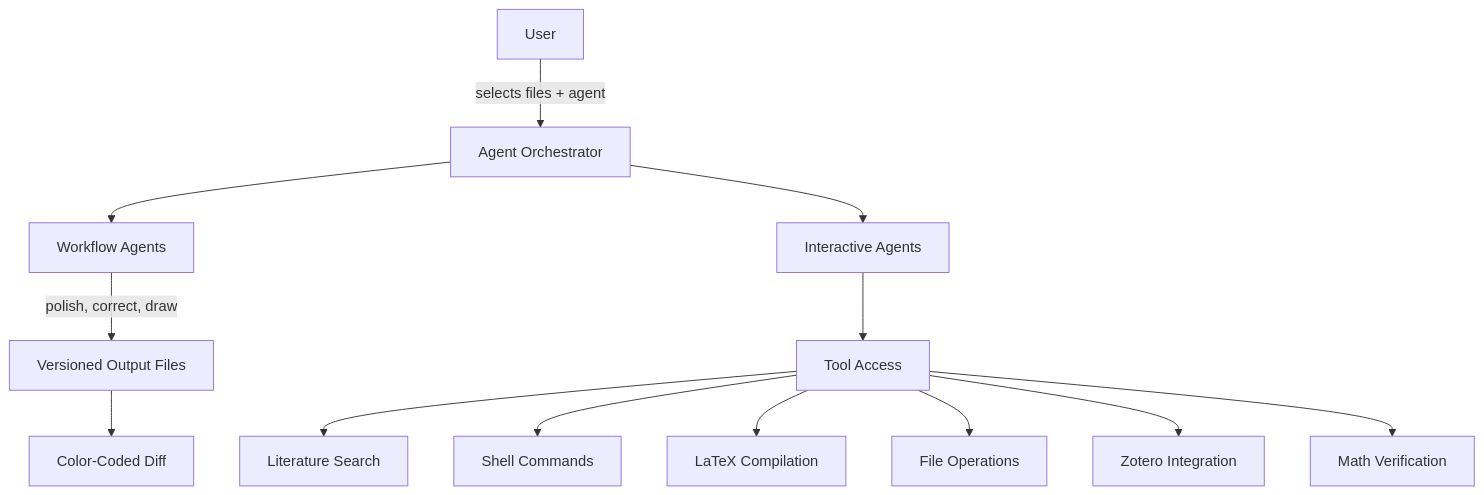
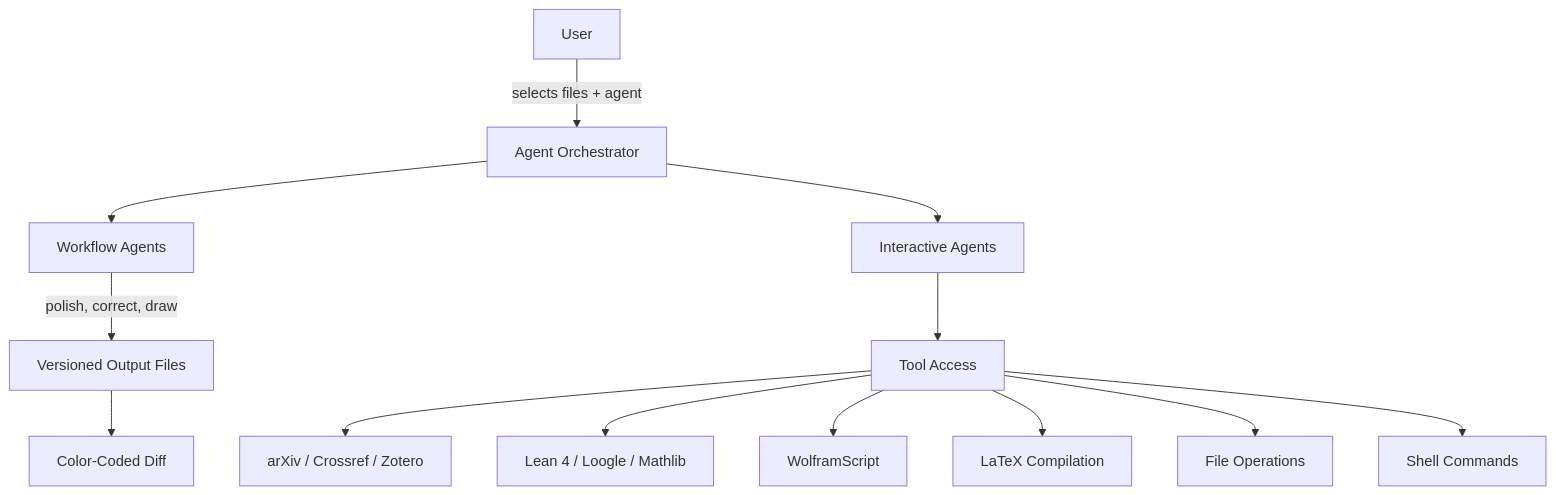
The diagram in docs/guide/index.md (LionSR/TeXRA), drawn with Mermaid before and after one commit. The commit also changed other lines of this file and 1 other file, not shown here.

````diff
--- a/docs/guide/index.md
+++ b/docs/guide/index.md
@@ -24,17 +24,17 @@
 ```mermaid
 graph TB
     User[User] --> |selects files + agent| Orchestrator[Agent Orchestrator]
     Orchestrator --> WA[Workflow Agents]
     Orchestrator --> IA[Interactive Agents]
 
     WA --> |polish, correct, draw| Output[Versioned Output Files]
     Output --> Diff[Color-Coded Diff]
 
     IA --> Tools[Tool Access]
-    Tools --> Search[Literature Search]
-    Tools --> Shell[Shell Commands]
+    Tools --> Search[arXiv / Crossref / Zotero]
+    Tools --> Lean[Lean 4 / Loogle / Mathlib]
+    Tools --> Wolfram[WolframScript]
     Tools --> Compile[LaTeX Compilation]
     Tools --> FileOps[File Operations]
-    Tools --> Zotero[Zotero Integration]
-    Tools --> Wolfram[Math Verification]
+    Tools --> Shell[Shell Commands]
 ```
````
